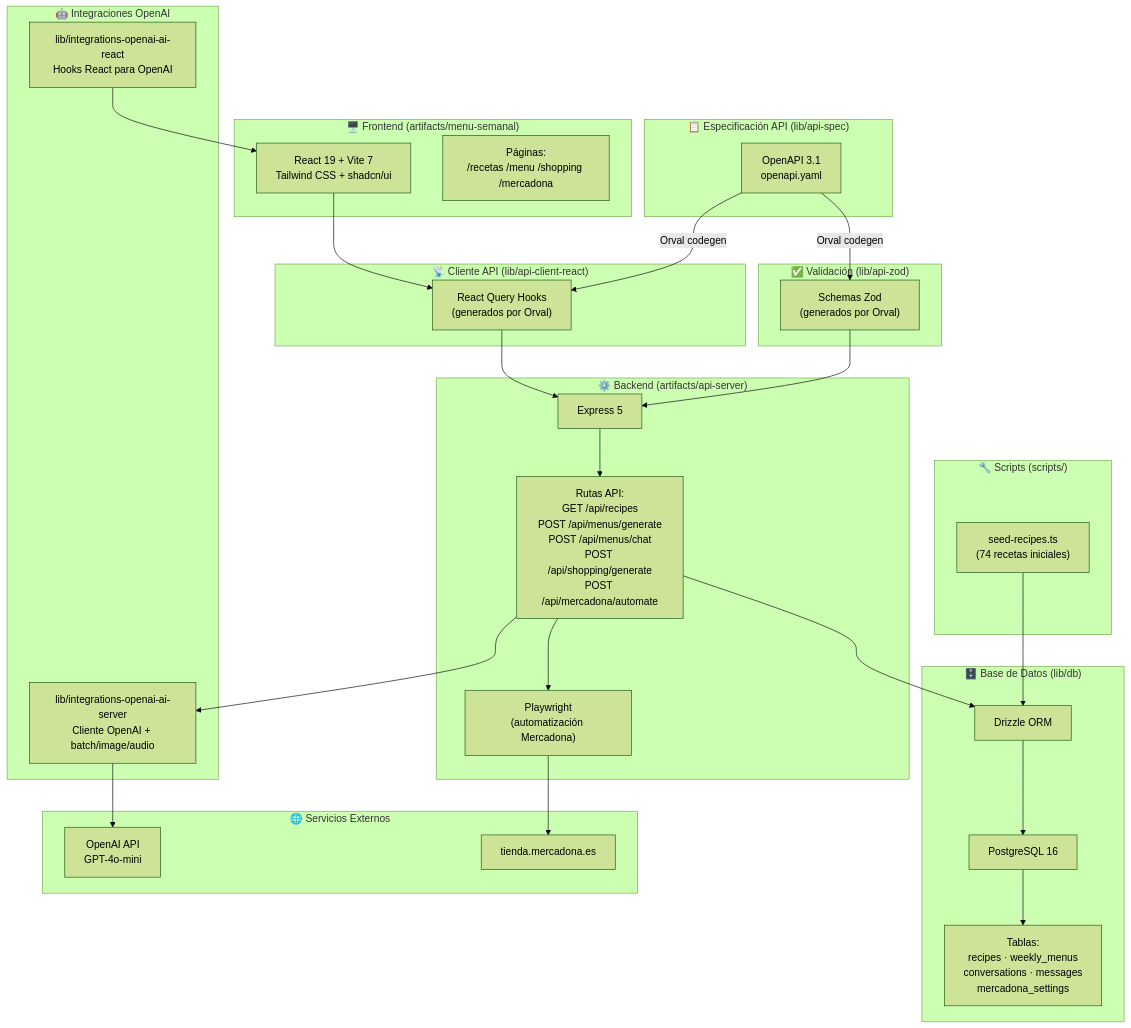
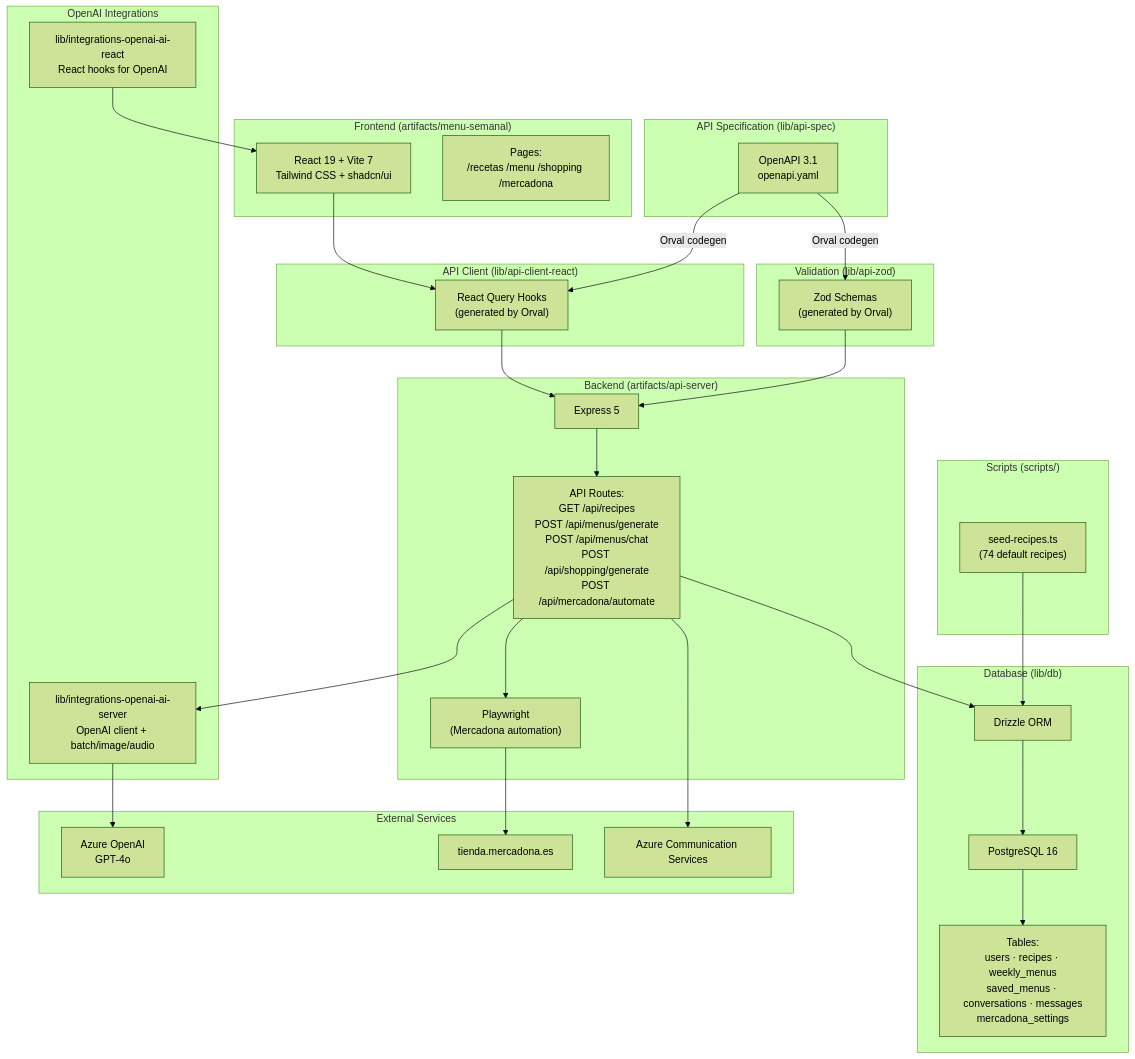
One commit to elenagonzalezblanco/menu-planner changed the diagram in README.md. Above: the diagram before and after it, drawn with Mermaid (forest theme). The commit also changed other lines of this file and 4 other files, not shown here.

````diff
--- a/README.md
+++ b/README.md
@@ -27,61 +34,63 @@
 ```mermaid
 graph TB
-    subgraph Frontend["🖥️ Frontend (artifacts/menu-semanal)"]
+    subgraph Frontend["Frontend (artifacts/menu-semanal)"]
         UI["React 19 + Vite 7<br/>Tailwind CSS + shadcn/ui"]
-        Pages["Páginas:<br/>/recetas /menu /shopping /mercadona"]
+        Pages["Pages:<br/>/recetas /menu /shopping /mercadona"]
     end
 
-    subgraph APIClient["📡 Cliente API (lib/api-client-react)"]
-        Hooks["React Query Hooks<br/>(generados por Orval)"]
+    subgraph APIClient["API Client (lib/api-client-react)"]
+        Hooks["React Query Hooks<br/>(generated by Orval)"]
     end
 
-    subgraph APISpec["📋 Especificación API (lib/api-spec)"]
+    subgraph APISpec["API Specification (lib/api-spec)"]
         OpenAPISpec["OpenAPI 3.1<br/>openapi.yaml"]
     end
 
-    subgraph APIZod["✅ Validación (lib/api-zod)"]
-        Schemas["Schemas Zod<br/>(generados por Orval)"]
+    subgraph APIZod["Validation (lib/api-zod)"]
+        Schemas["Zod Schemas<br/>(generated by Orval)"]
     end
 
-    subgraph Backend["⚙️ Backend (artifacts/api-server)"]
+    subgraph Backend["Backend (artifacts/api-server)"]
         Express["Express 5"]
-        Routes["Rutas API:<br/>GET /api/recipes<br/>POST /api/menus/generate<br/>POST /api/menus/chat<br/>POST /api/shopping/generate<br/>POST /api/mercadona/automate"]
-        PW["Playwright<br/>(automatización Mercadona)"]
+        Routes["API Routes:<br/>GET /api/recipes<br/>POST /api/menus/generate<br/>POST /api/menus/chat<br/>POST /api/shopping/generate<br/>POST /api/mercadona/automate"]
+        PW["Playwright<br/>(Mercadona automation)"]
     end
 
-    subgraph OpenAIInteg["🤖 Integraciones OpenAI"]
-        AIServer["lib/integrations-openai-ai-server<br/>Cliente OpenAI + batch/image/audio"]
-        AIReact["lib/integrations-openai-ai-react<br/>Hooks React para OpenAI"]
+    subgraph OpenAIInteg["OpenAI Integrations"]
+        AIServer["lib/integrations-openai-ai-server<br/>OpenAI client + batch/image/audio"]
+        AIReact["lib/integrations-openai-ai-react<br/>React hooks for OpenAI"]
     end
 
-    subgraph DB["🗄️ Base de Datos (lib/db)"]
+    subgraph DB["Database (lib/db)"]
         Drizzle["Drizzle ORM"]
         PG["PostgreSQL 16"]
-        TablesNode["Tablas:<br/>recipes · weekly_menus<br/>conversations · messages<br/>mercadona_settings"]
+        TablesNode["Tables:<br/>users · recipes · weekly_menus<br/>saved_menus · conversations · messages<br/>mercadona_settings"]
     end
 
-    subgraph Scripts["🔧 Scripts (scripts/)"]
-        Seed["seed-recipes.ts<br/>(74 recetas iniciales)"]
+    subgraph Scripts["Scripts (scripts/)"]
+        Seed["seed-recipes.ts<br/>(74 default recipes)"]
     end
 
-    subgraph External["🌐 Servicios Externos"]
-        OpenAISvc["OpenAI API<br/>GPT-4o-mini"]
+    subgraph External["External Services"]
+        OpenAISvc["Azure OpenAI<br/>GPT-4o"]
         Mercadona["tienda.mercadona.es"]
+        AzureEmail["Azure Communication Services"]
     end
 
     UI --> Hooks
     Hooks --> Express
     OpenAPISpec -->|Orval codegen| Hooks
     OpenAPISpec -->|Orval codegen| Schemas
     Schemas --> Express
     Express --> Routes
     Routes --> Drizzle
     Routes --> AIServer
     AIServer --> OpenAISvc
     Routes --> PW
     PW --> Mercadona
     Drizzle --> PG
     PG --> TablesNode
     Seed --> Drizzle
     AIReact --> UI
+    Routes --> AzureEmail
 ```
````
